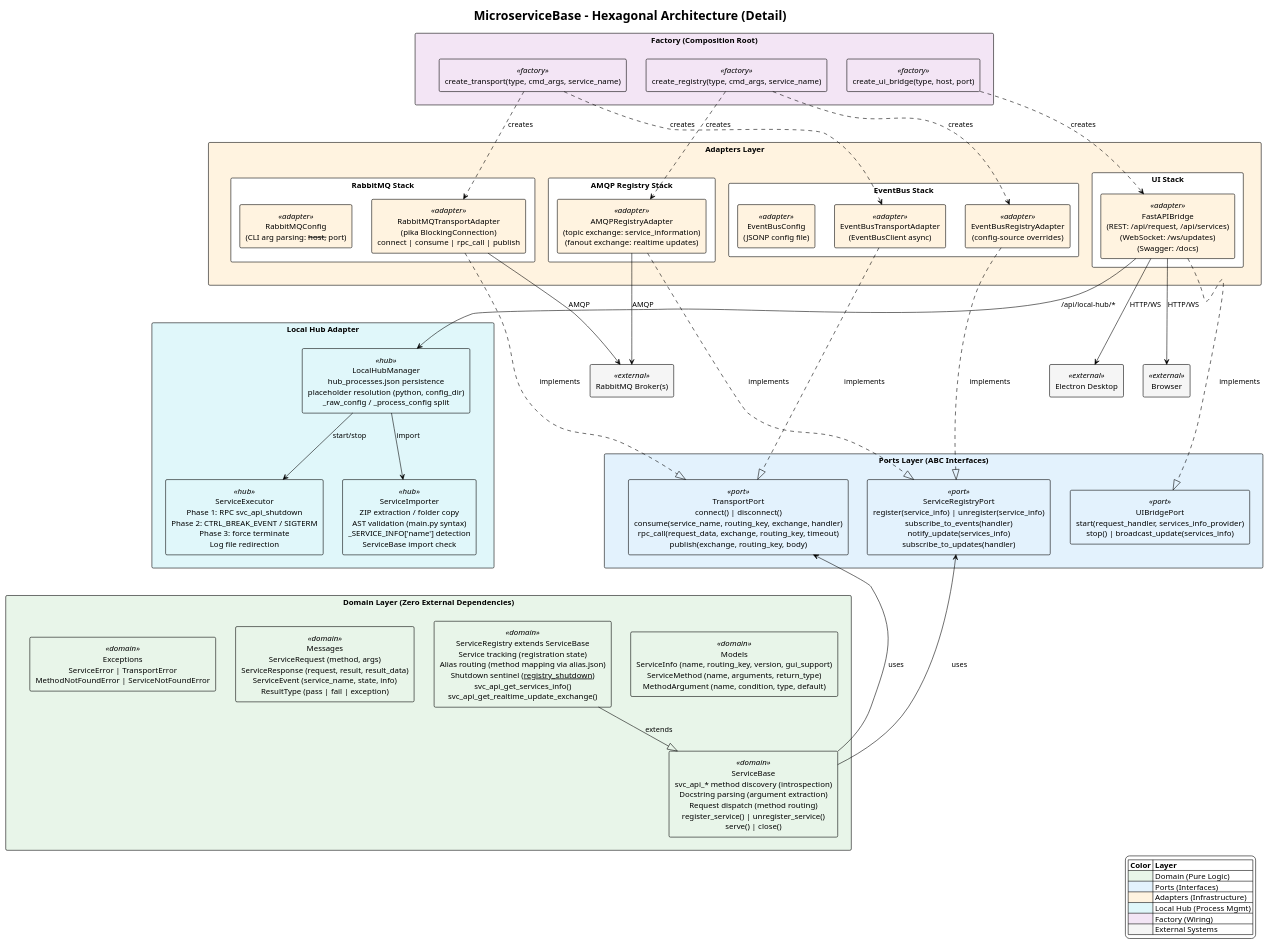
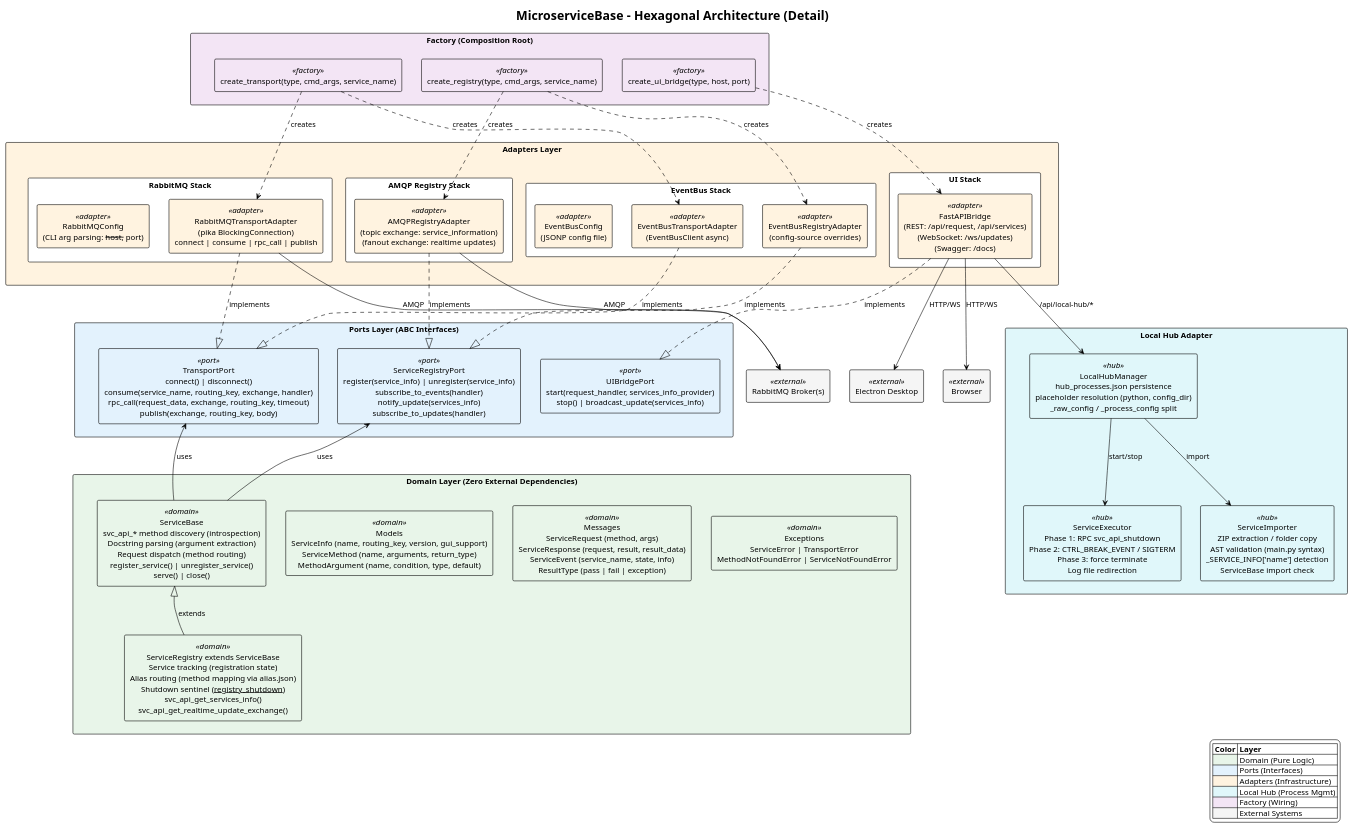
One commit to test-fullautomation/python-microservice-base changed the diagram in docs/diagrams/architecture.puml. Above: the diagram before and after it, drawn with PlantUML. The commit also changed 27 other files, not shown here.

Commit message:
-Update diagrams, docs

```diff
--- a/docs/diagrams/architecture.puml
+++ b/docs/diagrams/architecture.puml
@@ -1,160 +1,167 @@
 @startuml architecture
 !theme plain
 skinparam defaultTextAlignment center
 skinparam packageStyle rectangle
 skinparam componentStyle rectangle
 
 title MicroserviceBase - Hexagonal Architecture (Detail)
 
 ' ============================================================================
 ' Colors
 ' ============================================================================
 skinparam component {
     BackgroundColor<<domain>> #e8f5e9
     BackgroundColor<<port>> #e3f2fd
     BackgroundColor<<adapter>> #fff3e0
     BackgroundColor<<factory>> #f3e5f5
     BackgroundColor<<hub>> #e0f7fa
     BackgroundColor<<external>> #f5f5f5
 }
 
 ' ============================================================================
 ' Layer 1 - Factory (Composition Root)
 ' ============================================================================
 
 package "Factory (Composition Root)" as FactoryLayer #f3e5f5 {
     component "create_transport(type, cmd_args, service_name)" as CreateTransport <<factory>>
     component "create_registry(type, cmd_args, service_name)" as CreateRegistry <<factory>>
     component "create_ui_bridge(type, host, port)" as CreateUIBridge <<factory>>
 }
 
 ' ============================================================================
 ' Layer 2 - Adapters
 ' ============================================================================
 
 package "Adapters Layer" as AdaptersLayer #fff3e0 {
     package "RabbitMQ Stack" as RabbitStack {
         component "RabbitMQTransportAdapter\n(pika BlockingConnection)\nconnect | consume | rpc_call | publish" as RabbitTransport <<adapter>>
         component "RabbitMQConfig\n(CLI arg parsing: --host, --port)" as RabbitConfig <<adapter>>
     }
     package "AMQP Registry Stack" as AMQPStack {
         component "AMQPRegistryAdapter\n(topic exchange: service_information)\n(fanout exchange: realtime updates)" as AMQPRegistry <<adapter>>
     }
     package "EventBus Stack" as EBStack {
         component "EventBusTransportAdapter\n(EventBusClient async)" as EBTransport <<adapter>>
         component "EventBusRegistryAdapter\n(config-source overrides)" as EBRegistry <<adapter>>
         component "EventBusConfig\n(JSONP config file)" as EBConfig <<adapter>>
     }
     package "UI Stack" as UIStack {
         component "FastAPIBridge\n(REST: /api/request, /api/services)\n(WebSocket: /ws/updates)\n(Swagger: /docs)" as FastBridge <<adapter>>
     }
 }
 
 package "Local Hub Adapter" as LocalHubPkg #e0f7fa {
     component "LocalHubManager\nhub_processes.json persistence\nplaceholder resolution (python, config_dir)\n_raw_config / _process_config split" as HubManager <<hub>>
     component "ServiceExecutor\nPhase 1: RPC svc_api_shutdown\nPhase 2: CTRL_BREAK_EVENT / SIGTERM\nPhase 3: force terminate\nLog file redirection" as SvcExecutor <<hub>>
     component "ServiceImporter\nZIP extraction / folder copy\nAST validation (main.py syntax)\n_SERVICE_INFO['name'] detection\nServiceBase import check" as SvcImporter <<hub>>
 }
 
 ' ============================================================================
 ' Layer 3 - Ports (Interfaces)
 ' ============================================================================
 
 package "Ports Layer (ABC Interfaces)" as PortsLayer #e3f2fd {
     component "TransportPort\nconnect() | disconnect()\nconsume(service_name, routing_key, exchange, handler)\nrpc_call(request_data, exchange, routing_key, timeout)\npublish(exchange, routing_key, body)" as TransportPort <<port>>
     component "ServiceRegistryPort\nregister(service_info) | unregister(service_info)\nsubscribe_to_events(handler)\nnotify_update(services_info)\nsubscribe_to_updates(handler)" as RegistryPort <<port>>
     component "UIBridgePort\nstart(request_handler, services_info_provider)\nstop() | broadcast_update(services_info)" as UIPort <<port>>
 }
 
 ' ============================================================================
 ' Layer 4 - Domain (Pure Logic)
 ' ============================================================================
 
 package "Domain Layer (Zero External Dependencies)" as DomainLayer #e8f5e9 {
     component "ServiceBase\nsvc_api_* method discovery (introspection)\nDocstring parsing (argument extraction)\nRequest dispatch (method routing)\nregister_service() | unregister_service()\nserve() | close()" as SvcBase <<domain>>
     component "ServiceRegistry extends ServiceBase\nService tracking (registration state)\nAlias routing (method mapping via alias.json)\nShutdown sentinel (__registry_shutdown__)\nsvc_api_get_services_info()\nsvc_api_get_realtime_update_exchange()" as SvcReg <<domain>>
     component "Models\nServiceInfo (name, routing_key, version, gui_support)\nServiceMethod (name, arguments, return_type)\nMethodArgument (name, condition, type, default)" as Models <<domain>>
     component "Messages\nServiceRequest (method, args)\nServiceResponse (request, result, result_data)\nServiceEvent (service_name, state, info)\nResultType (pass | fail | exception)" as Messages <<domain>>
     component "Exceptions\nServiceError | TransportError\nMethodNotFoundError | ServiceNotFoundError" as Exceptions <<domain>>
+
+    ' Internal layout: ServiceBase above ServiceRegistry on left, Models/Messages/Exceptions on right
+    SvcBase -[hidden]down- SvcReg
+    SvcBase -[hidden]right- Models
+    Models -[hidden]right- Messages
+    Messages -[hidden]right- Exceptions
 }
 
 ' ============================================================================
 ' External Systems
 ' ============================================================================
 
 component "RabbitMQ Broker(s)" as RabbitMQ <<external>>
 component "Electron Desktop" as ElectronGUI <<external>>
 component "Browser" as BrowserUI <<external>>
 
 ' ============================================================================
 ' Layout hints - force strict vertical stacking
+' Ports on left, Local Hub on right, Domain at bottom
 ' ============================================================================
 
 FactoryLayer -[hidden]down- AdaptersLayer
-AdaptersLayer -[hidden]down- LocalHubPkg
-LocalHubPkg -[hidden]down- PortsLayer
+AdaptersLayer -[hidden]down- PortsLayer
+PortsLayer -[hidden]right- LocalHubPkg
 PortsLayer -[hidden]down- DomainLayer
 TransportPort -[hidden]down- SvcBase
 RegistryPort -[hidden]down- SvcReg
 UIPort -[hidden]down- Models
 
 ' ============================================================================
 ' Factory --> Adapters
 ' ============================================================================
 
 CreateTransport ..> RabbitTransport : creates
 CreateTransport ..> EBTransport : creates
 CreateRegistry ..> AMQPRegistry : creates
 CreateRegistry ..> EBRegistry : creates
 CreateUIBridge ..> FastBridge : creates
 
 ' ============================================================================
 ' Adapters --|> Ports
 ' ============================================================================
 
 RabbitTransport ..|> TransportPort : implements
 EBTransport ..|> TransportPort : implements
 AMQPRegistry ..|> RegistryPort : implements
 EBRegistry ..|> RegistryPort : implements
 FastBridge ..|> UIPort : implements
 
 ' ============================================================================
 ' Domain --> Ports (upward arrows to keep Domain below)
 ' ============================================================================
 
 SvcBase -up-> TransportPort : uses
 SvcBase -up-> RegistryPort : uses
 SvcReg --|> SvcBase : extends
 
 ' ============================================================================
 ' Adapters --> External
 ' ============================================================================
 
 RabbitTransport --> RabbitMQ : AMQP
 AMQPRegistry --> RabbitMQ : AMQP
 FastBridge --> BrowserUI : HTTP/WS
 FastBridge --> ElectronGUI : HTTP/WS
 
 ' ============================================================================
 ' Local Hub
 ' ============================================================================
 
 FastBridge --> HubManager : /api/local-hub/*
 HubManager --> SvcExecutor : start/stop
 HubManager --> SvcImporter : import
 
 ' ============================================================================
 ' Legend
 ' ============================================================================
 
 legend right
     |= Color |= Layer |
     | <#e8f5e9> | Domain (Pure Logic) |
     | <#e3f2fd> | Ports (Interfaces) |
     | <#fff3e0> | Adapters (Infrastructure) |
     | <#e0f7fa> | Local Hub (Process Mgmt) |
     | <#f3e5f5> | Factory (Wiring) |
     | <#f5f5f5> | External Systems |
 endlegend
 
 @enduml
```
